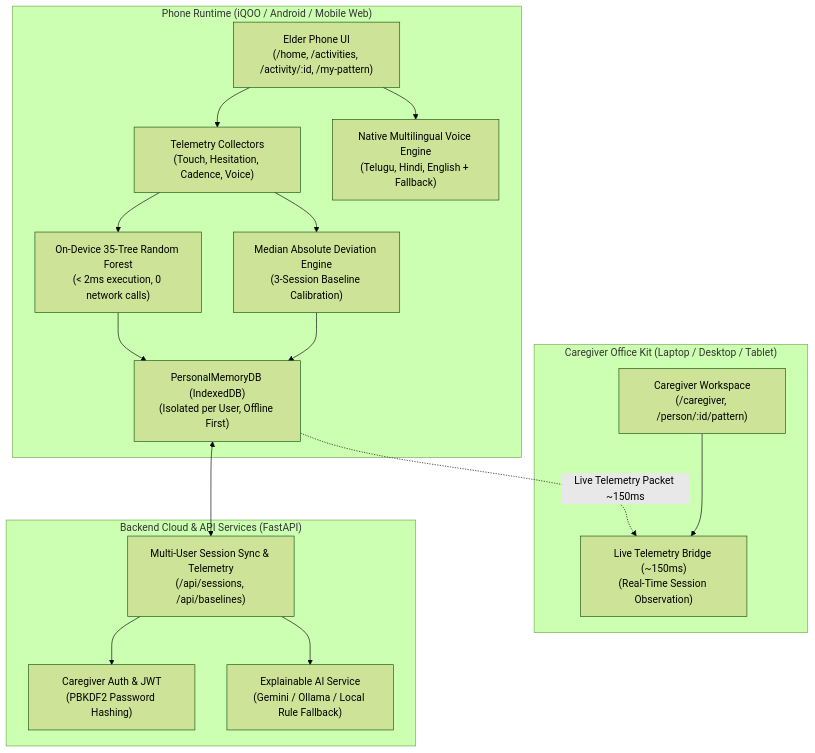
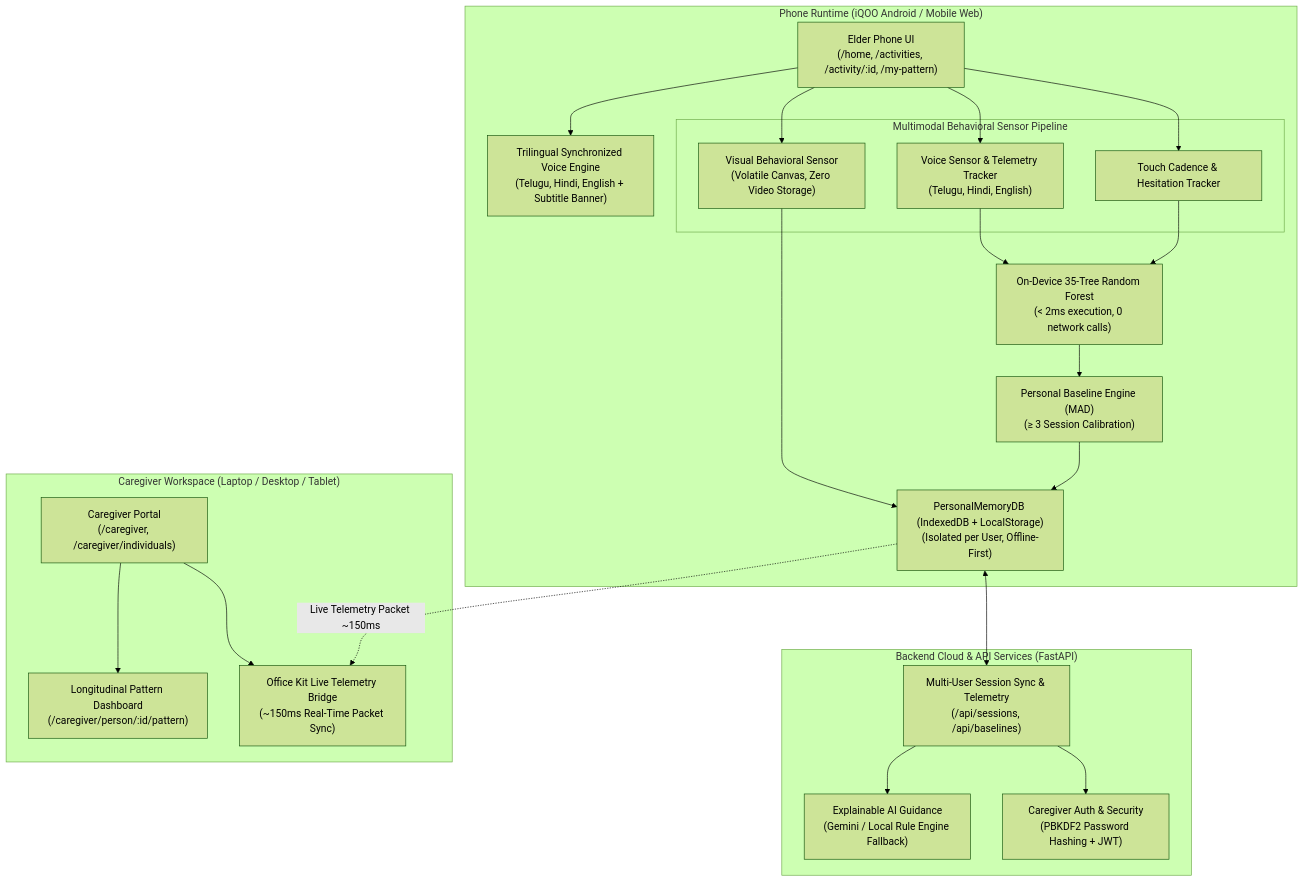
Before and after one commit to pavankarthikeyaatchyuta-lab/MindMitra2: the diagram in README.md, drawn with Mermaid (forest theme). The commit also changed other lines of this file and 3 other files, not shown here.

Commit message:
docs(readme): rewrite README to reflect multimodal sensors, 5 core games, two-phase memory match, and remove legacy connect mode references

````diff
--- a/README.md
+++ b/README.md
@@ -75,34 +70,45 @@
 ```mermaid
 flowchart TD
-    subgraph "Phone Runtime (iQOO / Android / Mobile Web)"
+    subgraph "Phone Runtime (iQOO Android / Mobile Web)"
         UI["Elder Phone UI\n(/home, /activities, /activity/:id, /my-pattern)"]
-        Sensors["Telemetry Collectors\n(Touch, Hesitation, Cadence, Voice)"]
+        
+        subgraph "Multimodal Behavioral Sensor Pipeline"
+            TouchSense["Touch Cadence & Hesitation Tracker"]
+            VoiceSense["Voice Sensor & Telemetry Tracker\n(Telugu, Hindi, English)"]
+            CamSense["Visual Behavioral Sensor\n(Volatile Canvas, Zero Video Storage)"]
+        end
+
         LocalML["On-Device 35-Tree Random Forest\n(< 2ms execution, 0 network calls)"]
-        MAD["Median Absolute Deviation Engine\n(3-Session Baseline Calibration)"]
-        Storage["PersonalMemoryDB (IndexedDB)\n(Isolated per User, Offline First)"]
-        VoiceEng["Native Multilingual Voice Engine\n(Telugu, Hindi, English + Fallback)"]
+        MAD["Personal Baseline Engine (MAD)\n(≥ 3 Session Calibration)"]
+        Storage["PersonalMemoryDB (IndexedDB + LocalStorage)\n(Isolated per User, Offline-First)"]
+        VoiceEng["Trilingual Synchronized Voice Engine\n(Telugu, Hindi, English + Subtitle Banner)"]
     end
 
-    subgraph "Caregiver Office Kit (Laptop / Desktop / Tablet)"
-        CaregiverUI["Caregiver Workspace\n(/caregiver, /person/:id/pattern)"]
-        OfficeKit["Live Telemetry Bridge (~150ms)\n(Real-Time Session Observation)"]
+    subgraph "Caregiver Workspace (Laptop / Desktop / Tablet)"
+        CaregiverUI["Caregiver Portal\n(/caregiver, /caregiver/individuals)"]
+        PatternDash["Longitudinal Pattern Dashboard\n(/caregiver/person/:id/pattern)"]
+        OfficeKit["Office Kit Live Telemetry Bridge\n(~150ms Real-Time Packet Sync)"]
     end
 
     subgraph "Backend Cloud & API Services (FastAPI)"
-        Auth["Caregiver Auth & JWT\n(PBKDF2 Password Hashing)"]
+        Auth["Caregiver Auth & Security\n(PBKDF2 Password Hashing + JWT)"]
         SyncAPI["Multi-User Session Sync & Telemetry\n(/api/sessions, /api/baselines)"]
-        ExplainAPI["Explainable AI Service\n(Gemini / Ollama / Local Rule Fallback)"]
+        ExplainAPI["Explainable AI Guidance\n(Gemini / Local Rule Engine Fallback)"]
     end
 
-    UI --> Sensors
-    Sensors --> LocalML
-    Sensors --> MAD
-    LocalML --> Storage
+    UI --> TouchSense
+    UI --> VoiceSense
+    UI --> CamSense
+    TouchSense --> LocalML
+    VoiceSense --> LocalML
+    CamSense --> Storage
+    LocalML --> MAD
     MAD --> Storage
     UI --> VoiceEng
     Storage <--> SyncAPI
     SyncAPI --> Auth
     SyncAPI --> ExplainAPI
     Storage -.->|Live Telemetry Packet ~150ms| OfficeKit
     CaregiverUI --> OfficeKit
+    CaregiverUI --> PatternDash
 ```
````
